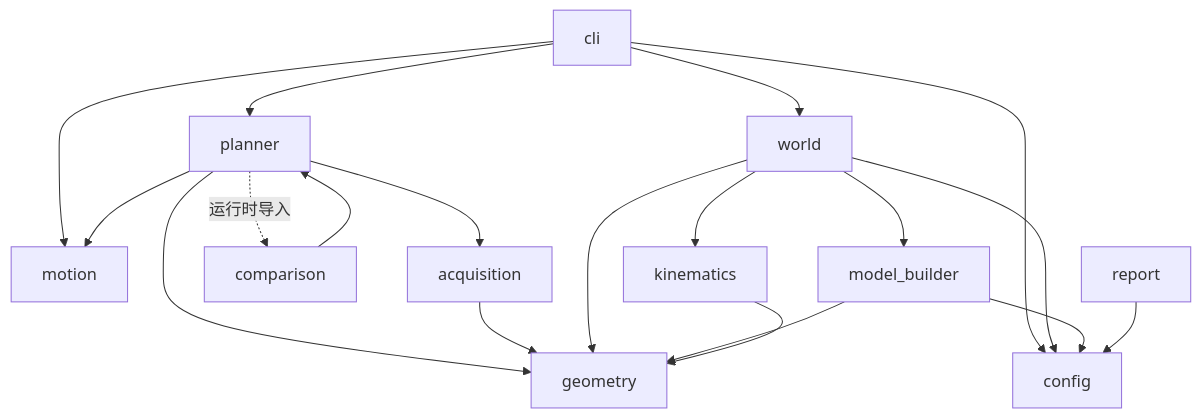
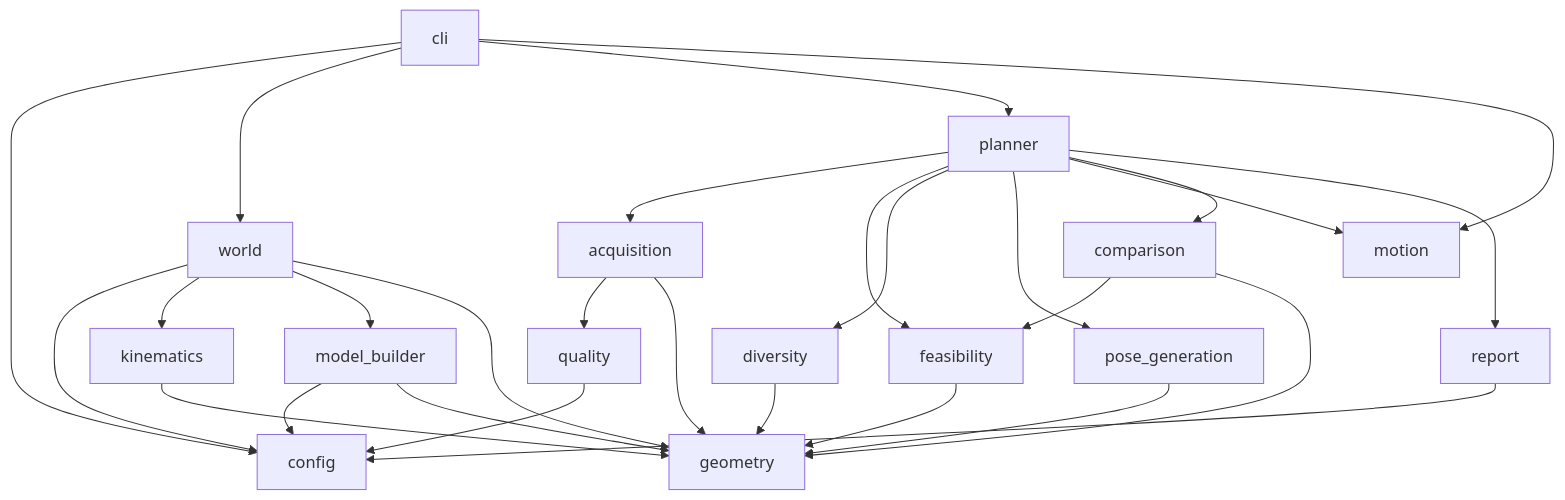
One commit to weimin77/viewpoint_sim changed the first of 2 diagrams in docs/simulation_architecture.md. Above: the diagram before and after it, drawn with Mermaid. The commit also changed other lines of this file and 3 other files, not shown here.

First line of the commit message:
Split the capture quality assessment out of acquisition

````diff
--- a/docs/simulation_architecture.md
+++ b/docs/simulation_architecture.md
@@ -52,22 +60,33 @@
 ```mermaid
 graph TD
     cli[cli] --> config[config]
     cli --> world[world]
     cli --> planner[planner]
     cli --> motion[motion]
 
     planner --> acquisition[acquisition]
-    planner --> geometry[geometry]
+    planner --> feasibility[feasibility]
+    planner --> diversity[diversity]
+    planner --> pose_generation[pose_generation]
     planner --> motion
-    planner -.运行时导入.-> comparison[comparison] --> planner
+    planner --> comparison[comparison]
+    planner --> report[report]
 
-    acquisition --> geometry
+    acquisition --> quality[quality]
+    acquisition --> geometry[geometry]
+    feasibility --> geometry
+    pose_generation --> geometry
+    diversity --> geometry
+    quality --> config
+    comparison --> feasibility
+    comparison --> geometry
+
     world --> config
     world --> kinematics[kinematics]
     world --> model_builder[model_builder]
     world --> geometry
     model_builder --> config
     model_builder --> geometry
     kinematics --> geometry
-    report[report] --> config
+    report --> config
 ```
````
